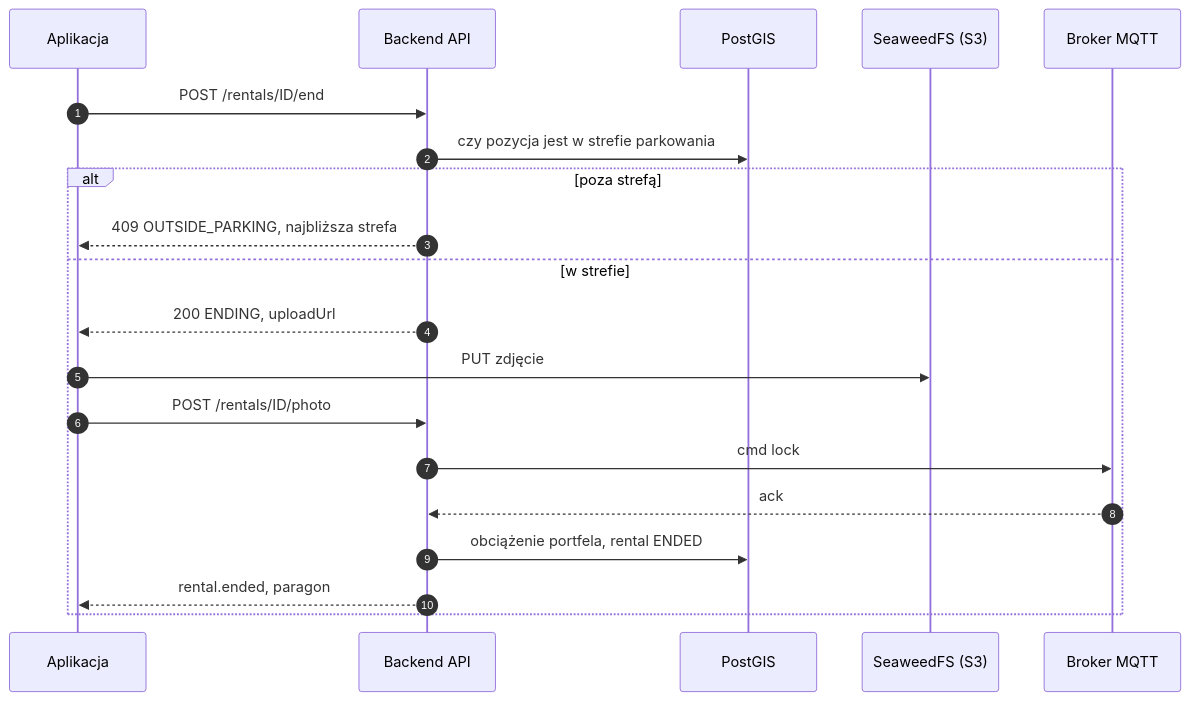
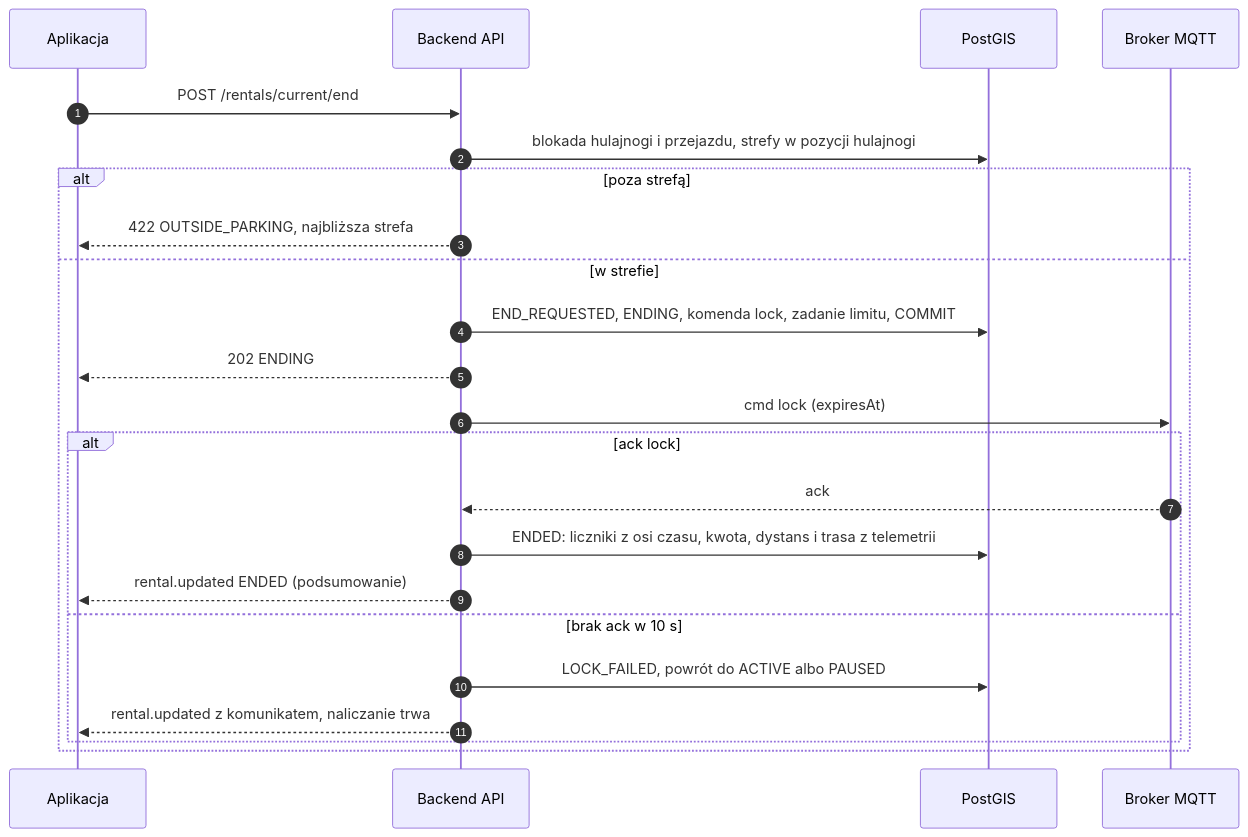
Before and after one commit to FifiLen/engineering-project: the fourth of 9 diagrams in docs/arc42/06-widok-czasu-dzialania.md, drawn with Mermaid. The commit also changed other lines of this file and 12 other files, not shown here.

````diff
--- a/docs/arc42/06-widok-czasu-dzialania.md
+++ b/docs/arc42/06-widok-czasu-dzialania.md
@@ -78,22 +89,25 @@
 ```mermaid
 sequenceDiagram
     autonumber
     participant A as Aplikacja
     participant API as Backend API
     participant DB as PostGIS
-    participant FS as SeaweedFS (S3)
     participant MQ as Broker MQTT
-    A->>API: POST /rentals/ID/end
-    API->>DB: czy pozycja jest w strefie parkowania
+    A->>API: POST /rentals/current/end
+    API->>DB: blokada hulajnogi i przejazdu, strefy w pozycji hulajnogi
     alt poza strefą
-        API-->>A: 409 OUTSIDE_PARKING, najbliższa strefa
+        API-->>A: 422 OUTSIDE_PARKING, najbliższa strefa
     else w strefie
-        API-->>A: 200 ENDING, uploadUrl
-        A->>FS: PUT zdjęcie
-        A->>API: POST /rentals/ID/photo
-        API->>MQ: cmd lock
-        MQ-->>API: ack
-        API->>DB: obciążenie portfela, rental ENDED
-        API-->>A: rental.ended, paragon
+        API->>DB: END_REQUESTED, ENDING, komenda lock, zadanie limitu, COMMIT
+        API-->>A: 202 ENDING
+        API->>MQ: cmd lock (expiresAt)
+        alt ack lock
+            MQ-->>API: ack
+            API->>DB: ENDED: liczniki z osi czasu, kwota, dystans i trasa z telemetrii
+            API-->>A: rental.updated ENDED (podsumowanie)
+        else brak ack w 10 s
+            API->>DB: LOCK_FAILED, powrót do ACTIVE albo PAUSED
+            API-->>A: rental.updated z komunikatem, naliczanie trwa
+        end
     end
 ```
````
